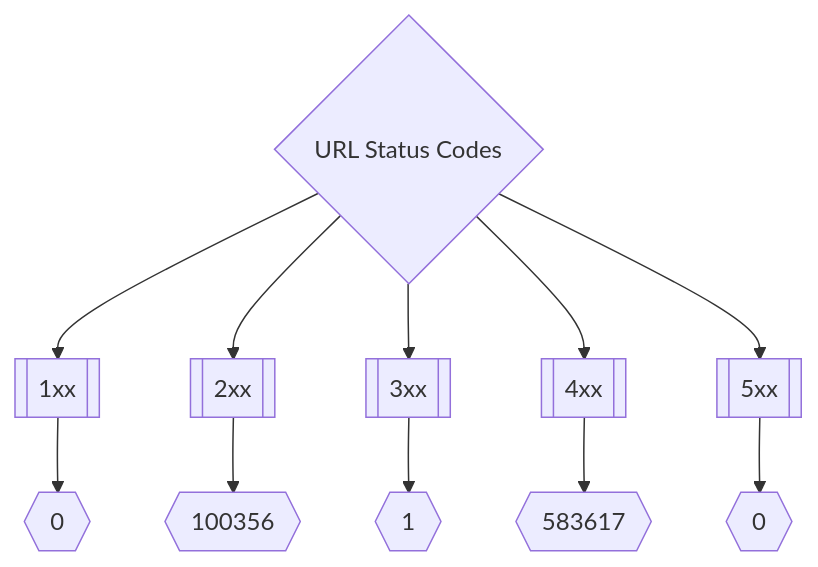
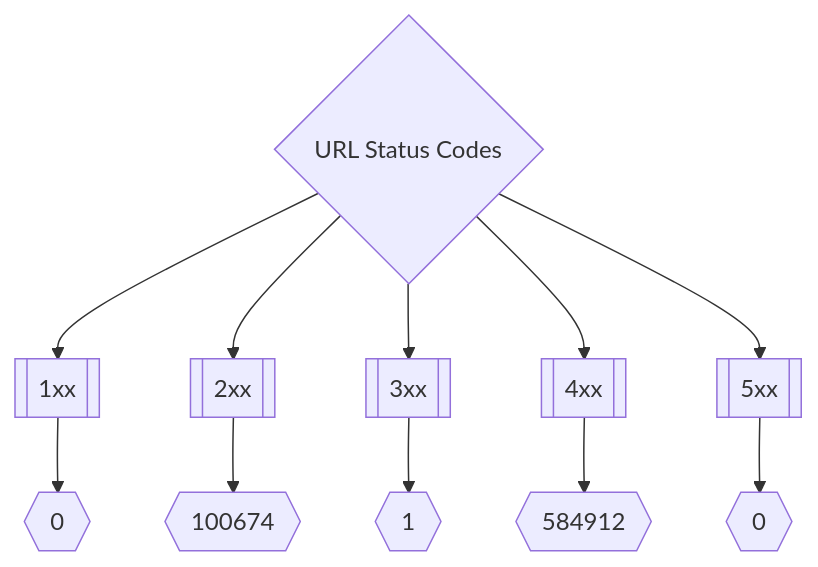
The second of 3 diagrams in README.md (trickest/inventory), drawn with Mermaid before and after one commit. The commit also changed other lines of this file, not shown here.

Commit message:
Update README.md Mon Jul 25 23:34:18 UTC 2022

````diff
--- a/README.md
+++ b/README.md
@@ -175,8 +175,8 @@
 ```mermaid
 graph TD
 title{URL Status Codes} --> 1xx[[1xx]] --> status1xxNum{{0}}
-title --> 2xx[[2xx]] --> status2xxNum{{100356}}
+title --> 2xx[[2xx]] --> status2xxNum{{100674}}
 title --> 3xx[[3xx]] --> status3xxNum{{1}}
-title --> 4xx[[4xx]] --> status4xxNum{{583617}}
+title --> 4xx[[4xx]] --> status4xxNum{{584912}}
 title --> 5xx[[5xx]] --> status5xxNum{{0}}
 ```
````
